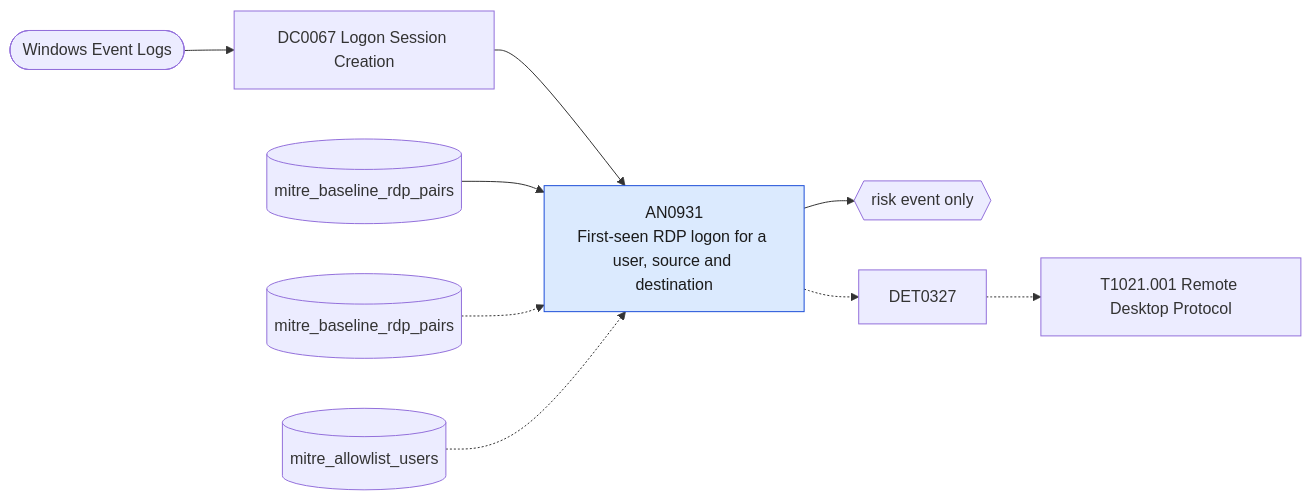
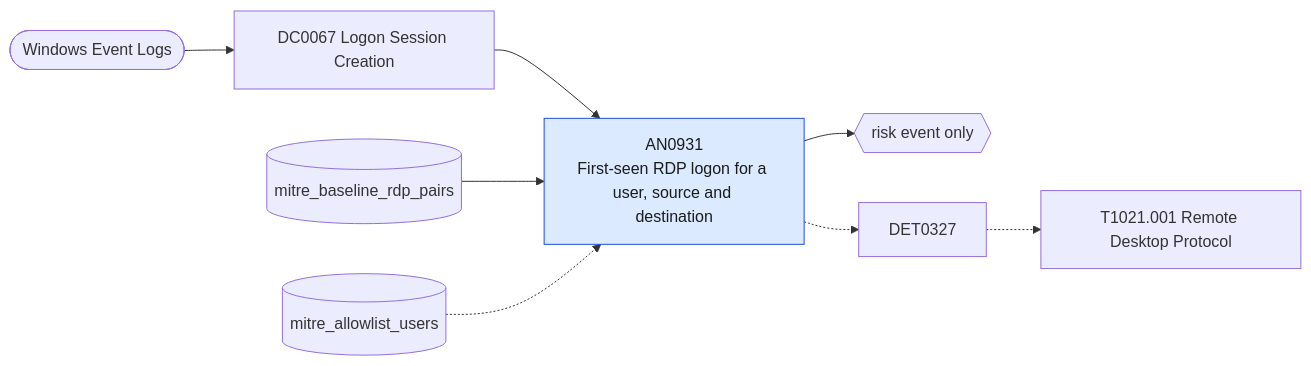
Before and after one commit to dev-nobytes-io/mitre-defensive-mappings-spl: the diagram in docs/analytics/AN0931-first-seen-rdp-logon-for-a-user-source-and-destination.md, drawn with Mermaid. The commit also changed 67 other files, not shown here.

````diff
--- a/docs/analytics/AN0931-first-seen-rdp-logon-for-a-user-source-and-destination.md
+++ b/docs/analytics/AN0931-first-seen-rdp-logon-for-a-user-source-and-destination.md
@@ -9,12 +9,11 @@
 ```mermaid
 flowchart LR
   DC0067["DC0067 Logon Session Creation"] --> AN
   F_wineventlog(["Windows Event Logs"]) --> DC0067
   BL[("mitre_baseline_rdp_pairs")] --> AN
-  LK_mitre_baseline_rdp_pairs[("mitre_baseline_rdp_pairs")] -.-> AN
   LK_mitre_allowlist_users[("mitre_allowlist_users")] -.-> AN
   AN["AN0931<br/>First-seen RDP logon for a user, source and destination"] --> ACT{{"risk event only"}}
   AN -.-> DET["DET0327"] -.-> T["T1021.001 Remote Desktop Protocol"]
   classDef an fill:#dbeafe,stroke:#1d4ed8,color:#1b1b1b
   class AN an
 ```
````
